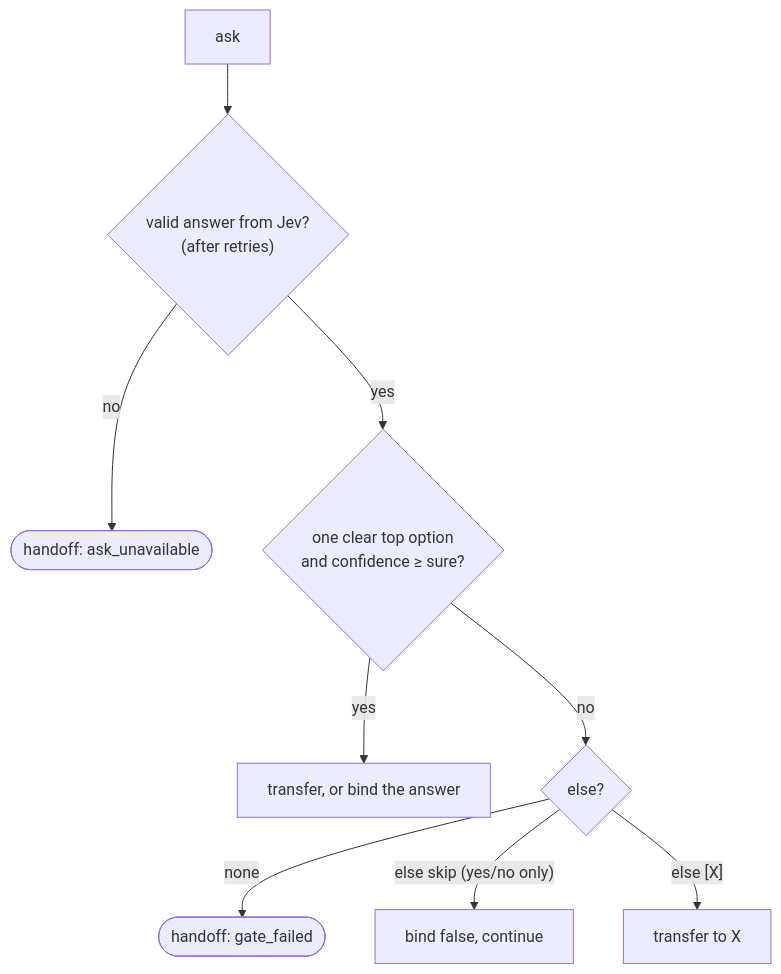
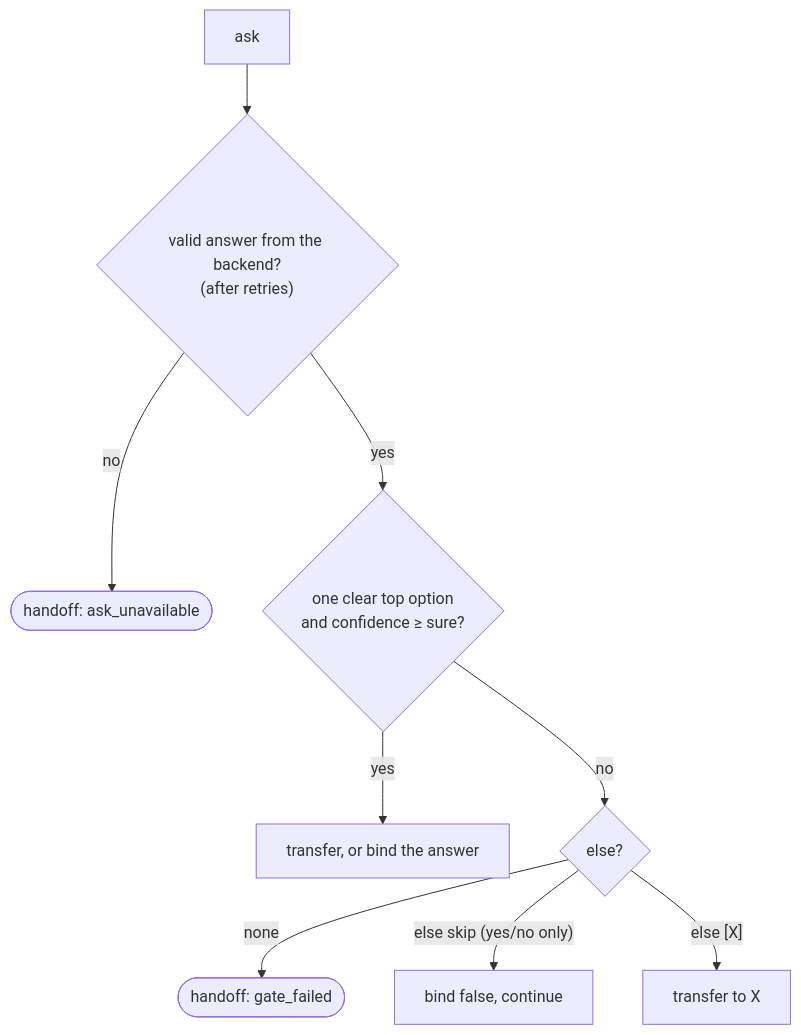
The second of 7 diagrams in SPEC.md (mattyv/skope), drawn with Mermaid before and after one commit. The commit also changed other lines of this file, not shown here.

First line of the commit message:
Make the spec backend-neutral and add a backend contract (rev 14)

````diff
--- a/SPEC.md
+++ b/SPEC.md
@@ -411,11 +411,11 @@
 ```mermaid
 flowchart TD
-  ask["ask"] --> jev{"valid answer from Jev?<br/>(after retries)"}
-  jev -- "no" --> h1(["handoff: ask_unavailable"])
-  jev -- "yes" --> gate{"one clear top option<br/>and confidence ≥ sure?"}
+  ask["ask"] --> be{"valid answer from the backend?<br/>(after retries)"}
+  be -- "no" --> h1(["handoff: ask_unavailable"])
+  be -- "yes" --> gate{"one clear top option<br/>and confidence ≥ sure?"}
   gate -- "yes" --> go["transfer, or bind the answer"]
   gate -- "no" --> els{"else?"}
   els -- "none" --> h2(["handoff: gate_failed"])
   els -- "else skip (yes/no only)" --> skip["bind false, continue"]
   els -- "else [X]" --> x["transfer to X"]
 ```
````
